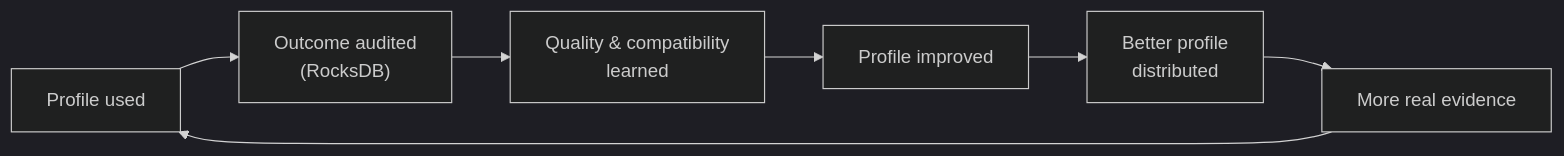
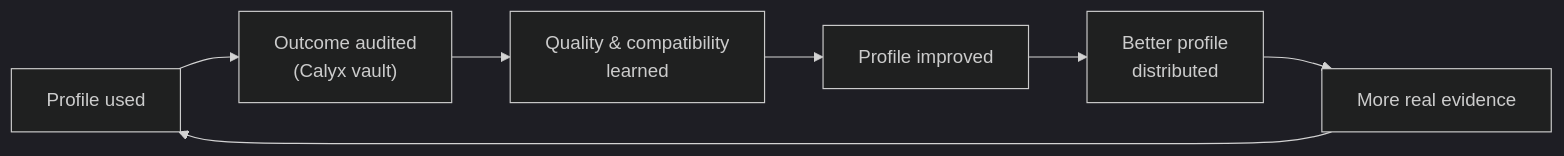
One commit to ChrisRoyse/Synapse changed the second of 2 diagrams in README.md. Above: the diagram before and after it, drawn with Mermaid (dark theme). The commit also changed other lines of this file and 60 other files, not shown here.

````diff
--- a/README.md
+++ b/README.md
@@ -426,9 +426,9 @@
 ```mermaid
 flowchart LR
-    U["Profile used"] --> O["Outcome audited<br/>(RocksDB)"]
+    U["Profile used"] --> O["Outcome audited<br/>(Calyx vault)"]
     O --> Q["Quality &amp; compatibility<br/>learned"]
     Q --> I["Profile improved"]
     I --> D["Better profile<br/>distributed"]
     D --> E["More real evidence"]
     E --> U
 ```
````
